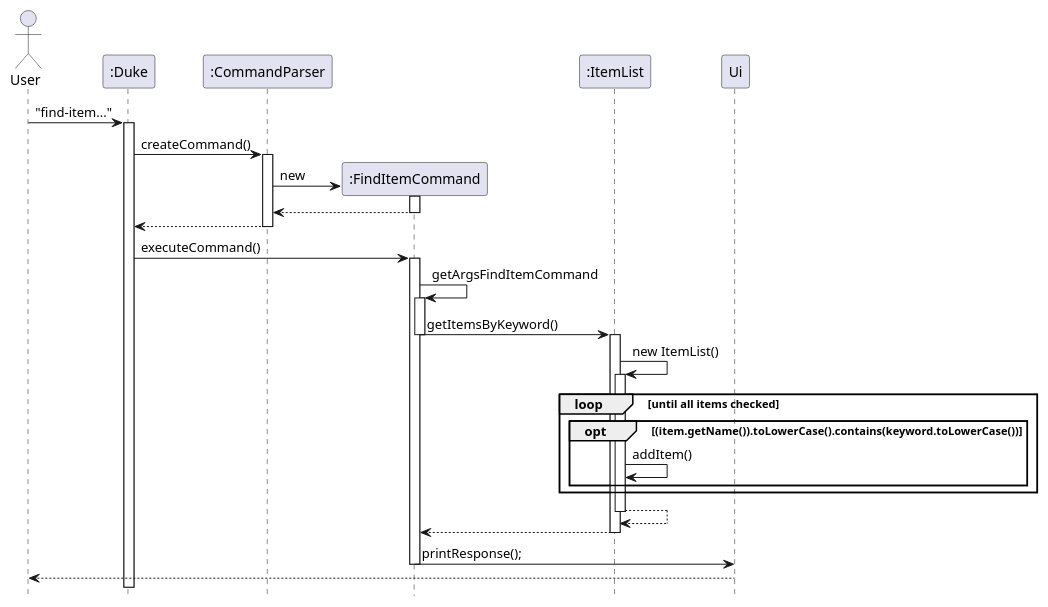
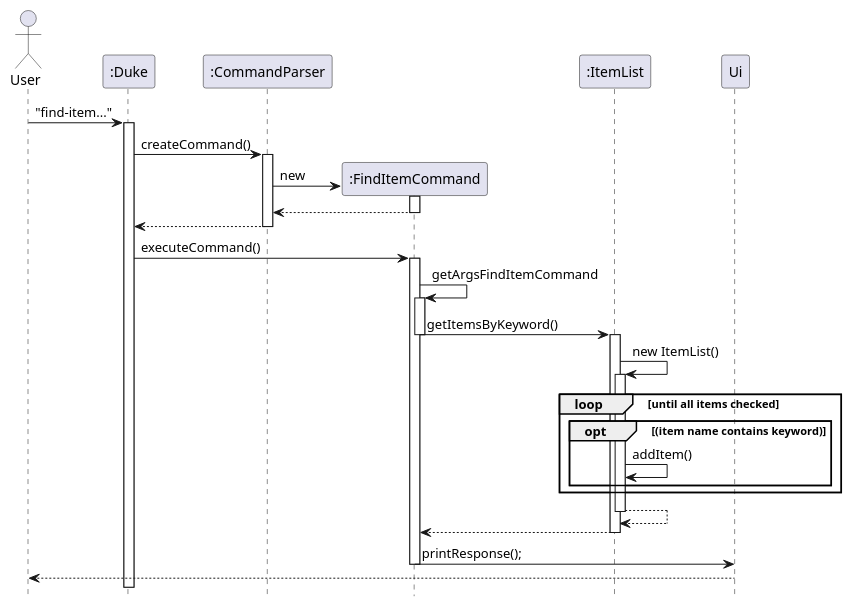
Before and after one commit to nus-cs2113-AY2223S1/tp: the diagram in docs/diagrams/item/FindItemByKeywordSequence.puml, drawn with PlantUML. The commit also changed 3 other files, not shown here.

```diff
--- a/docs/diagrams/item/FindItemByKeywordSequence.puml
+++ b/docs/diagrams/item/FindItemByKeywordSequence.puml
@@ -1,36 +1,36 @@
 @startuml
 hide footbox
 
 Actor User
 "User" -> ":Duke": "find-item..."
 activate ":Duke"
 ":Duke" -> ":CommandParser": createCommand()
 activate ":CommandParser"
 ":CommandParser" -> ":FindItemCommand"**: new
 activate ":FindItemCommand"
 return
 ":CommandParser" --> ":Duke"
 deactivate
 
 ":Duke" -> ":FindItemCommand" : executeCommand()
 activate ":FindItemCommand"
 ":FindItemCommand" -> ":FindItemCommand" : getArgsFindItemCommand
 activate ":FindItemCommand"
 ":FindItemCommand" -> ":ItemList" : getItemsByKeyword()
 deactivate ":FindItemCommand"
 activate ":ItemList"
 ":ItemList" -> ":ItemList" : new ItemList()
 activate ":ItemList"
     loop until all items checked
-        opt (item.getName()).toLowerCase().contains(keyword.toLowerCase())
+        opt (item name contains keyword)
             ":ItemList" -> ":ItemList" : addItem()
         end
     end
 return
 return
 ":FindItemCommand" -> "Ui": printResponse();
 deactivate ":FindItemCommand"
 Ui --> User:
 
 
 @enduml
```
